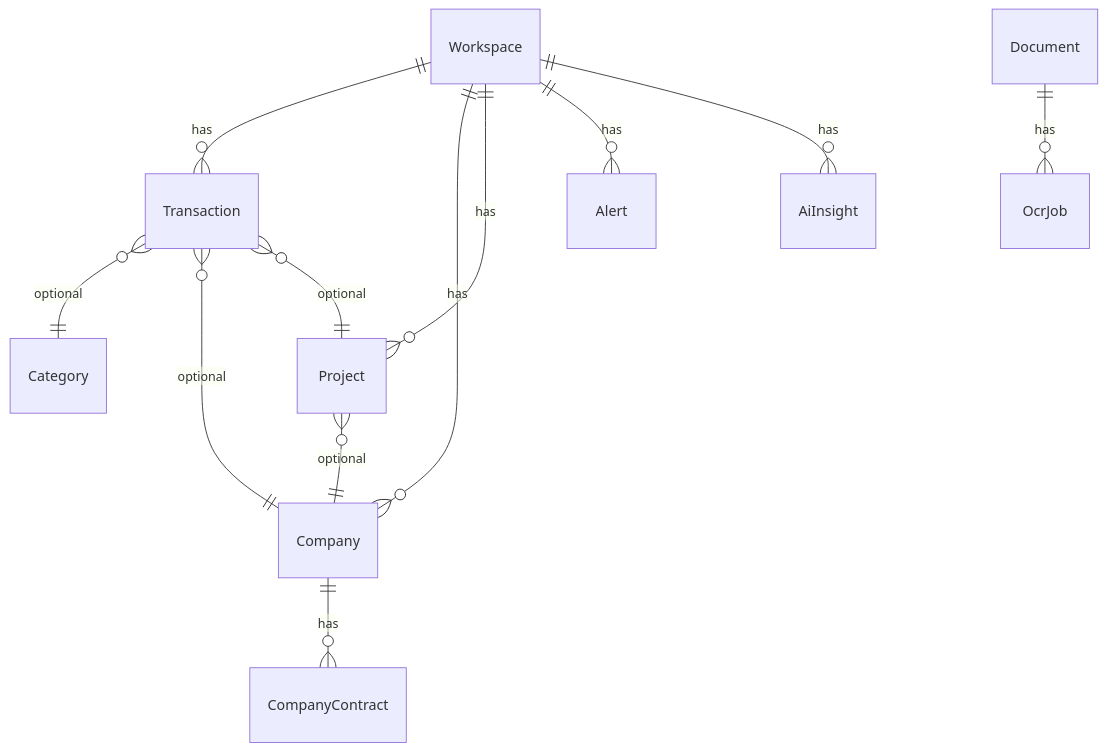
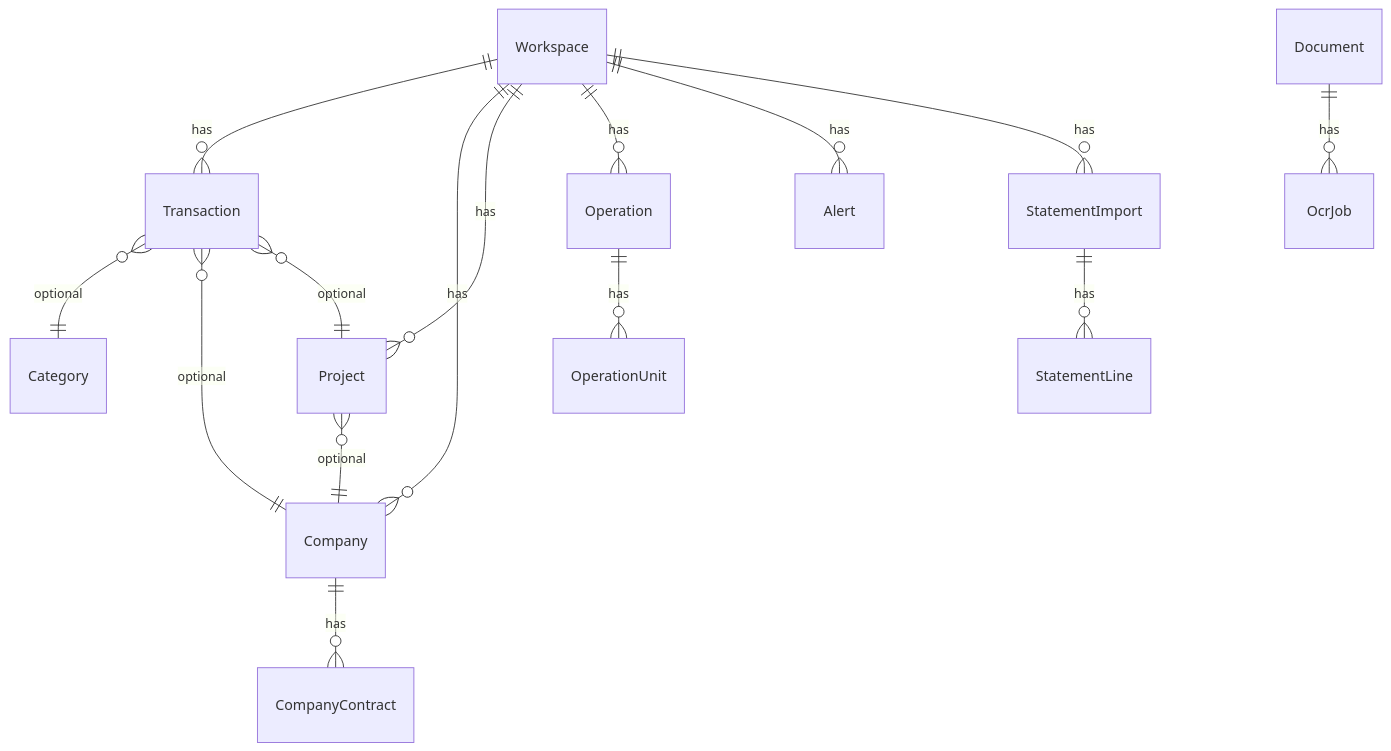
Before and after one commit to rodolforomao/personal_financial: the diagram in docs/ARCHITECTURE.md, drawn with Mermaid. The commit also changed other lines of this file and 24 other files, not shown here.

````diff
--- a/docs/ARCHITECTURE.md
+++ b/docs/ARCHITECTURE.md
@@ -62,14 +127,17 @@
 ```mermaid
 erDiagram
     Workspace ||--o{ Transaction : has
     Workspace ||--o{ Company : has
     Workspace ||--o{ Project : has
+    Workspace ||--o{ Operation : has
     Workspace ||--o{ Alert : has
-    Workspace ||--o{ AiInsight : has
+    Workspace ||--o{ StatementImport : has
     Company ||--o{ CompanyContract : has
     Project }o--|| Company : optional
     Transaction }o--|| Category : optional
     Transaction }o--|| Company : optional
     Transaction }o--|| Project : optional
+    StatementImport ||--o{ StatementLine : has
     Document ||--o{ OcrJob : has
+    Operation ||--o{ OperationUnit : has
 ```
````
